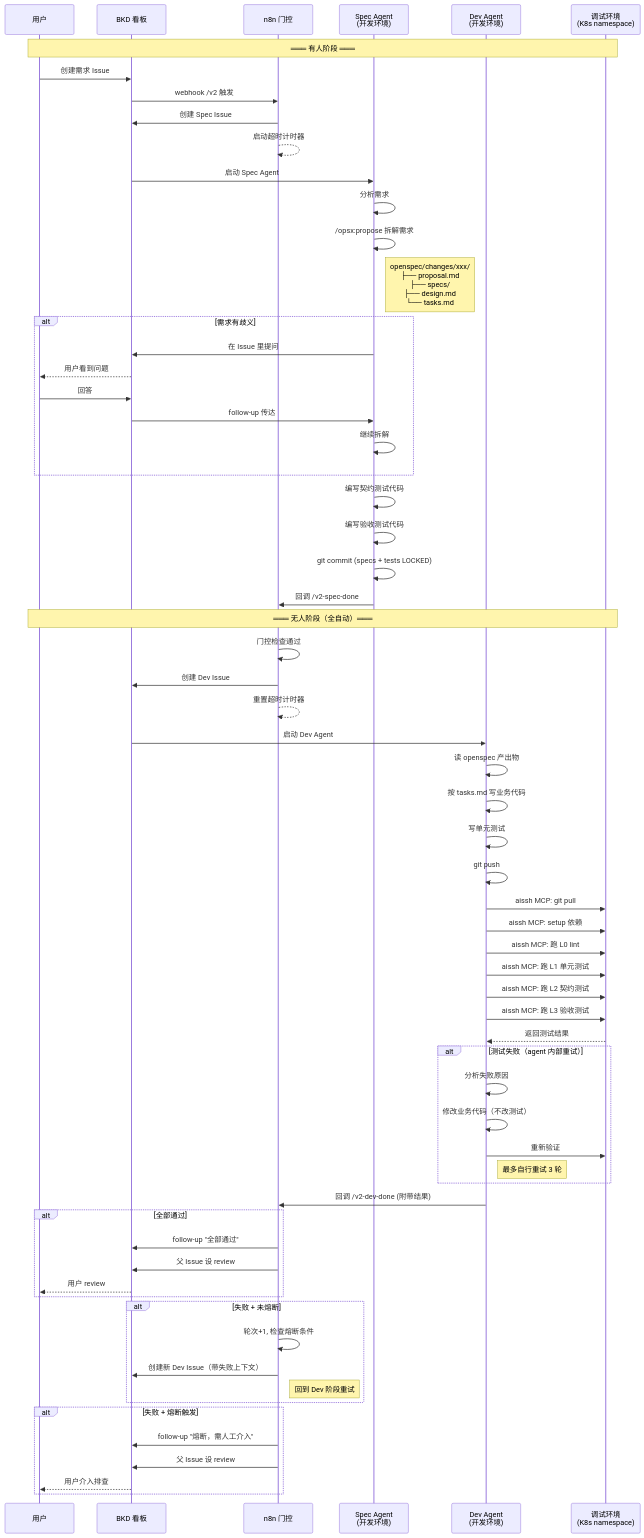
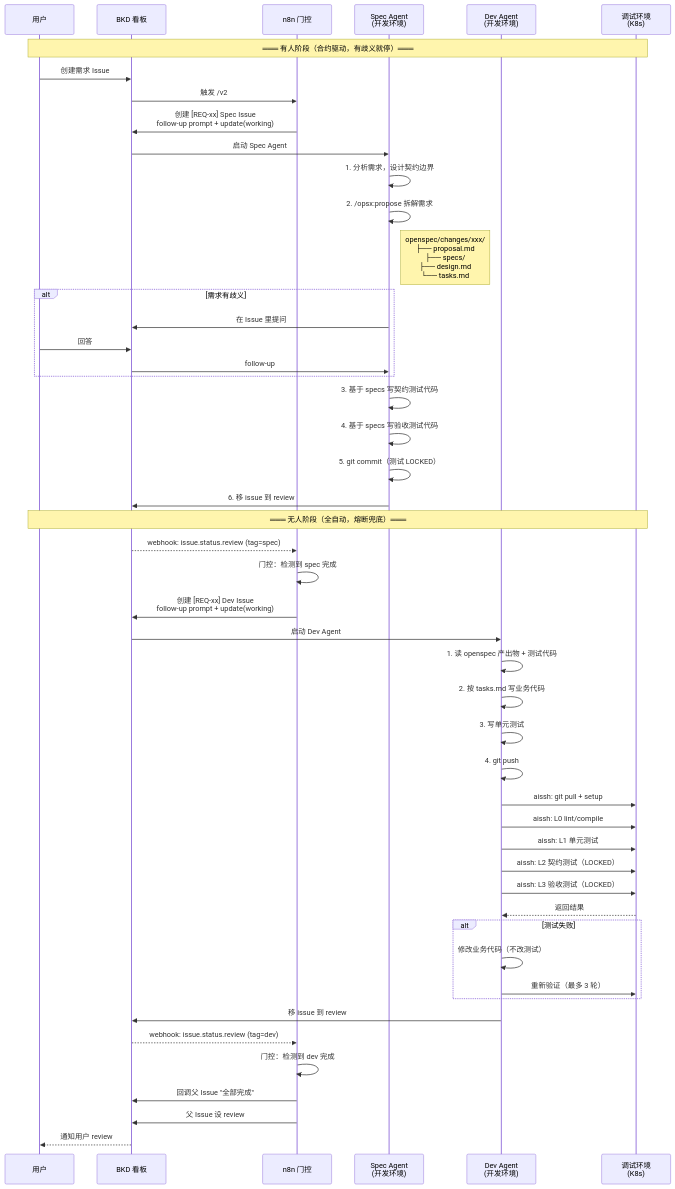
The first of 3 diagrams in docs/workflow-v3-flow.md (phona/sisyphus), drawn with Mermaid before and after one commit. The commit also changed other lines of this file, not shown here.

First line of the commit message:
docs: 更新 V3 流程图 - BKD webhook 驱动架构

````diff
--- a/docs/workflow-v3-flow.md
+++ b/docs/workflow-v3-flow.md
@@ -5,81 +5,63 @@
 ```mermaid
 sequenceDiagram
     participant User as 用户
     participant BKD as BKD 看板
     participant N8N as n8n 门控
     participant Spec as Spec Agent<br/>(开发环境)
     participant Dev as Dev Agent<br/>(开发环境)
-    participant Debug as 调试环境<br/>(K8s namespace)
+    participant Debug as 调试环境<br/>(K8s)
 
-    Note over User,Debug: ═══ 有人阶段 ═══
+    Note over User,Debug: ═══ 有人阶段（合约驱动，有歧义就停）═══
 
     User->>BKD: 创建需求 Issue
-    BKD->>N8N: webhook /v2 触发
-    N8N->>BKD: 创建 Spec Issue
-    N8N-->>N8N: 启动超时计时器
+    BKD->>N8N: 触发 /v2
+    N8N->>BKD: 创建 [REQ-xx] Spec Issue<br/>follow-up prompt + update(working)
 
     BKD->>Spec: 启动 Spec Agent
-    Spec->>Spec: 分析需求
-    Spec->>Spec: /opsx:propose 拆解需求
+    Spec->>Spec: 1. 分析需求，设计契约边界
+    Spec->>Spec: 2. /opsx:propose 拆解需求
     Note right of Spec: openspec/changes/xxx/<br/>├── proposal.md<br/>├── specs/<br/>├── design.md<br/>└── tasks.md
 
     alt 需求有歧义
         Spec->>BKD: 在 Issue 里提问
-        BKD-->>User: 用户看到问题
         User->>BKD: 回答
-        BKD->>Spec: follow-up 传达
-        Spec->>Spec: 继续拆解
+        BKD->>Spec: follow-up
     end
 
-    Spec->>Spec: 编写契约测试代码
-    Spec->>Spec: 编写验收测试代码
-    Spec->>Spec: git commit (specs + tests LOCKED)
-    Spec->>N8N: 回调 /v2-spec-done
+    Spec->>Spec: 3. 基于 specs 写契约测试代码
+    Spec->>Spec: 4. 基于 specs 写验收测试代码
+    Spec->>Spec: 5. git commit（测试 LOCKED）
+    Spec->>BKD: 6. 移 issue 到 review
 
-    Note over User,Debug: ═══ 无人阶段（全自动）═══
+    Note over User,Debug: ═══ 无人阶段（全自动，熔断兜底）═══
 
-    N8N->>N8N: 门控检查通过
-    N8N->>BKD: 创建 Dev Issue
-    N8N-->>N8N: 重置超时计时器
+    BKD-->>N8N: webhook: issue.status.review (tag=spec)
+    N8N->>N8N: 门控：检测到 spec 完成
+    N8N->>BKD: 创建 [REQ-xx] Dev Issue<br/>follow-up prompt + update(working)
 
     BKD->>Dev: 启动 Dev Agent
-    Dev->>Dev: 读 openspec 产出物
-    Dev->>Dev: 按 tasks.md 写业务代码
-    Dev->>Dev: 写单元测试
-    Dev->>Dev: git push
+    Dev->>Dev: 1. 读 openspec 产出物 + 测试代码
+    Dev->>Dev: 2. 按 tasks.md 写业务代码
+    Dev->>Dev: 3. 写单元测试
+    Dev->>Dev: 4. git push
 
-    Dev->>Debug: aissh MCP: git pull
-    Dev->>Debug: aissh MCP: setup 依赖
-    Dev->>Debug: aissh MCP: 跑 L0 lint
-    Dev->>Debug: aissh MCP: 跑 L1 单元测试
-    Dev->>Debug: aissh MCP: 跑 L2 契约测试
-    Dev->>Debug: aissh MCP: 跑 L3 验收测试
-    Debug-->>Dev: 返回测试结果
+    Dev->>Debug: aissh: git pull + setup
+    Dev->>Debug: aissh: L0 lint/compile
+    Dev->>Debug: aissh: L1 单元测试
+    Dev->>Debug: aissh: L2 契约测试（LOCKED）
+    Dev->>Debug: aissh: L3 验收测试（LOCKED）
+    Debug-->>Dev: 返回结果
 
-    alt 测试失败（agent 内部重试）
-        Dev->>Dev: 分析失败原因
+    alt 测试失败
         Dev->>Dev: 修改业务代码（不改测试）
-        Dev->>Debug: 重新验证
-        Note right of Dev: 最多自行重试 3 轮
+        Dev->>Debug: 重新验证（最多 3 轮）
     end
 
-    Dev->>N8N: 回调 /v2-dev-done (附带结果)
+    Dev->>BKD: 移 issue 到 review
 
-    alt 全部通过
-        N8N->>BKD: follow-up "全部通过"
-        N8N->>BKD: 父 Issue 设 review
-        BKD-->>User: 用户 review
-    end
-
-    alt 失败 + 未熔断
-        N8N->>N8N: 轮次+1, 检查熔断条件
-        N8N->>BKD: 创建新 Dev Issue（带失败上下文）
-        Note right of N8N: 回到 Dev 阶段重试
-    end
-
-    alt 失败 + 熔断触发
-        N8N->>BKD: follow-up "熔断，需人工介入"
-        N8N->>BKD: 父 Issue 设 review
-        BKD-->>User: 用户介入排查
-    end
+    BKD-->>N8N: webhook: issue.status.review (tag=dev)
+    N8N->>N8N: 门控：检测到 dev 完成
+    N8N->>BKD: 回调父 Issue "全部完成"
+    N8N->>BKD: 父 Issue 设 review
+    BKD-->>User: 通知用户 review
 ```
````
